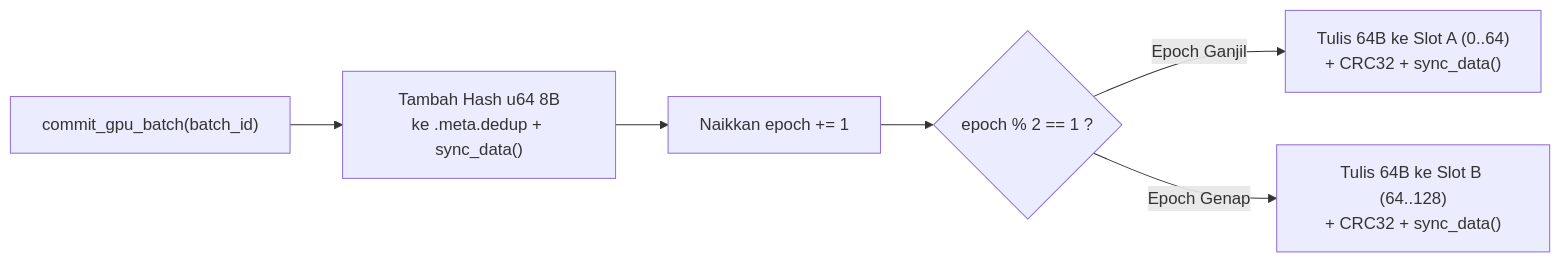
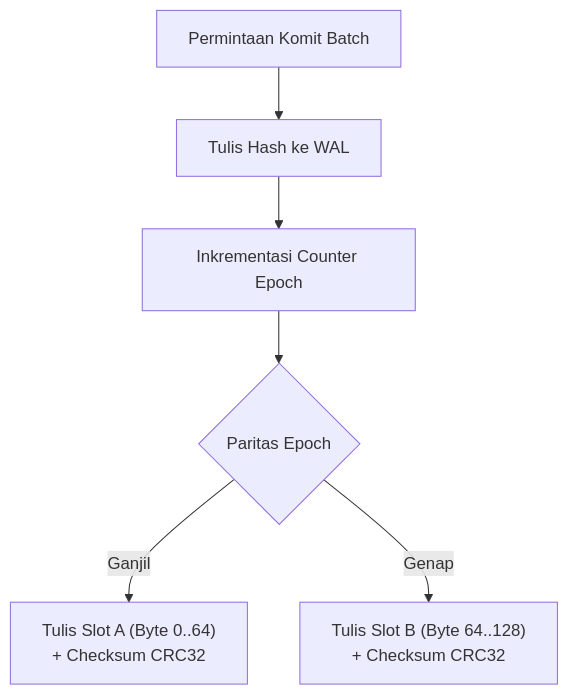
One commit to cloverx-id/luminamoon changed the diagram in docs/dataloader/coord_and_metadata/README.id.md. Above: the diagram before and after it, drawn with Mermaid. The commit also changed 33 other files, not shown here.

Commit message:
change diagram style

````diff
--- a/docs/dataloader/coord_and_metadata/README.id.md
+++ b/docs/dataloader/coord_and_metadata/README.id.md
@@ -40,8 +40,8 @@
 ```mermaid
-flowchart LR
-    Commit["commit_gpu_batch(batch_id)"] --> WAL["Tambah Hash u64 8B\nke .meta.dedup + sync_data()"]
-    WAL --> Epoch["Naikkan epoch += 1"]
-    Epoch --> Parity{"epoch % 2 == 1 ?"}
-    Parity -->|"Epoch Ganjil"| SlotA["Tulis 64B ke Slot A (0..64)\n+ CRC32 + sync_data()"]
-    Parity -->|"Epoch Genap"| SlotB["Tulis 64B ke Slot B (64..128)\n+ CRC32 + sync_data()"]
+flowchart TD
+    Commit["Permintaan Komit Batch"] --> WAL["Tulis Hash ke WAL"]
+    WAL --> Epoch["Inkrementasi Counter Epoch"]
+    Epoch --> Parity{"Paritas Epoch"}
+    Parity -->|"Ganjil"| SlotA["Tulis Slot A (Byte 0..64)\n+ Checksum CRC32"]
+    Parity -->|"Genap"| SlotB["Tulis Slot B (Byte 64..128)\n+ Checksum CRC32"]
 ```
````
